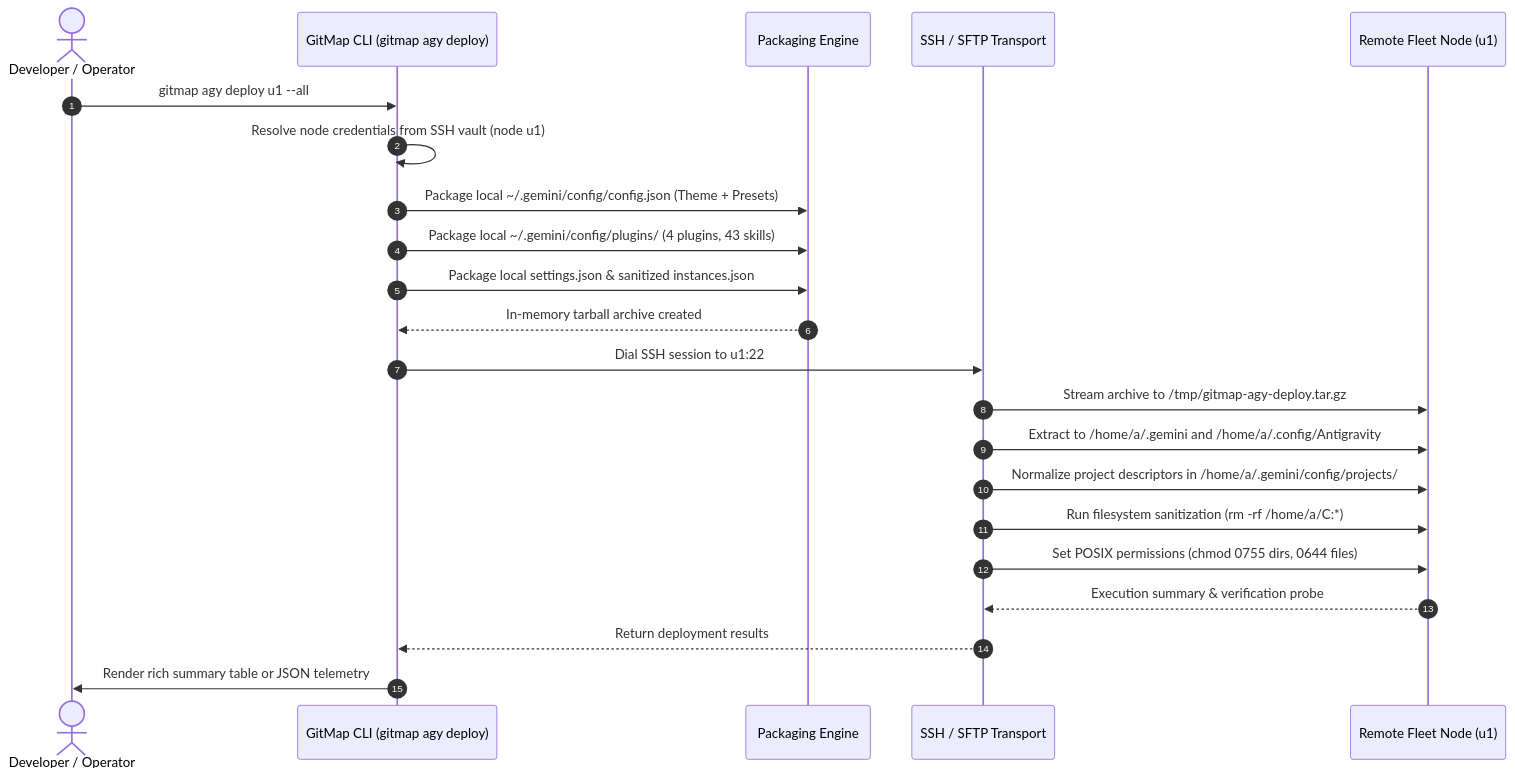
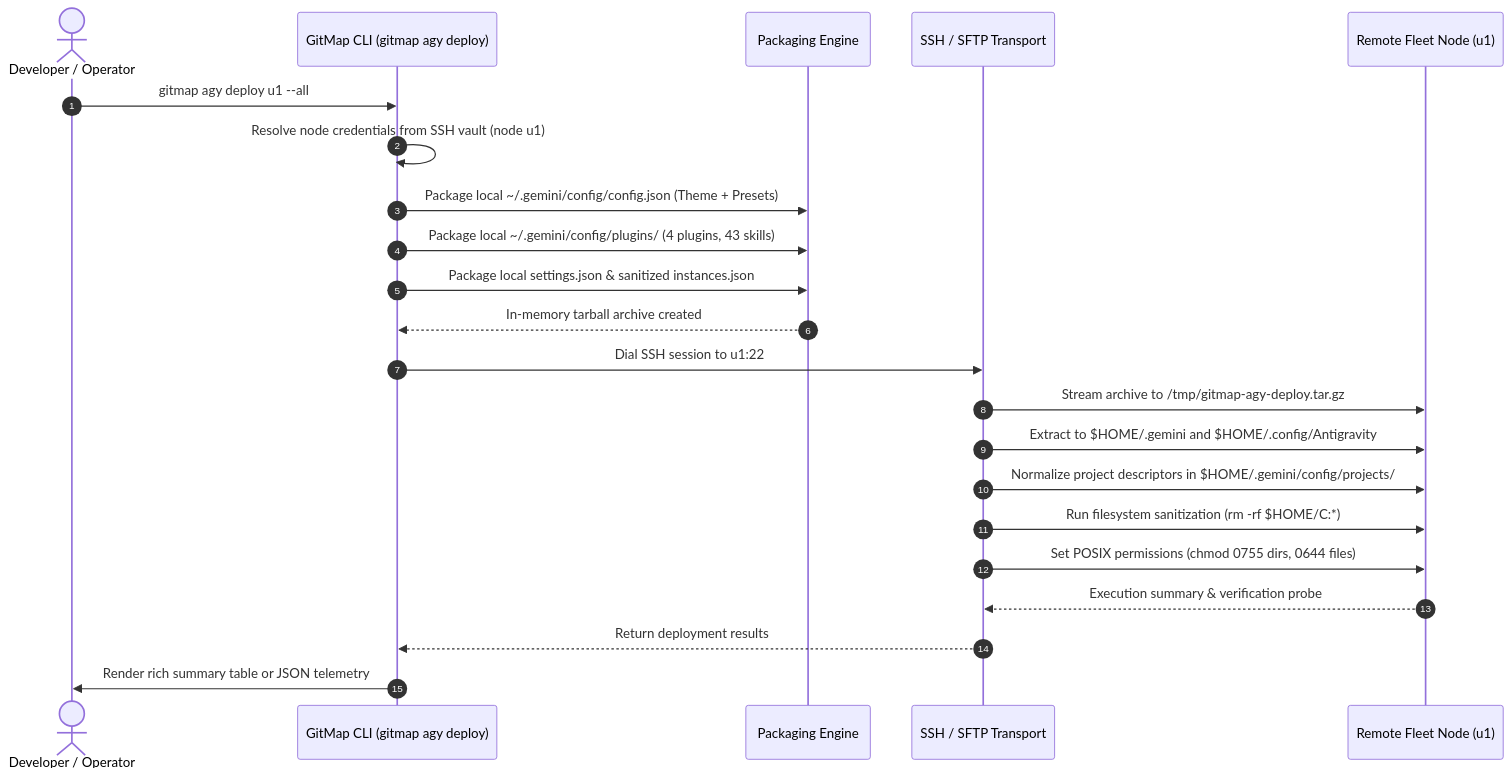
The second of 2 diagrams in 02-spec/21-app/217-antigravity-fleet-parity-theme-preset-plugins-and-delegation/01-architecture-spec.md (alimtvnetwork/gitmap-v28), drawn with Mermaid before and after one commit. The commit also changed other lines of this file and 49 other files, not shown here.

````diff
--- a/02-spec/21-app/217-antigravity-fleet-parity-theme-preset-plugins-and-delegation/01-architecture-spec.md
+++ b/02-spec/21-app/217-antigravity-fleet-parity-theme-preset-plugins-and-delegation/01-architecture-spec.md
@@ -487,26 +487,26 @@
 ```mermaid
 sequenceDiagram
     autonumber
     actor Admin as Developer / Operator
     participant CLI as GitMap CLI (gitmap agy deploy)
     participant Pack as Packaging Engine
     participant SSH as SSH / SFTP Transport
     participant Node as Remote Fleet Node (u1)
 
     Admin->>CLI: gitmap agy deploy u1 --all
     CLI->>CLI: Resolve node credentials from SSH vault (node u1)
     CLI->>Pack: Package local ~/.gemini/config/config.json (Theme + Presets)
     CLI->>Pack: Package local ~/.gemini/config/plugins/ (4 plugins, 43 skills)
     CLI->>Pack: Package local settings.json & sanitized instances.json
     Pack-->>CLI: In-memory tarball archive created
     
     CLI->>SSH: Dial SSH session to u1:22
     SSH->>Node: Stream archive to /tmp/gitmap-agy-deploy.tar.gz
-    SSH->>Node: Extract to /home/a/.gemini and /home/a/.config/Antigravity
-    SSH->>Node: Normalize project descriptors in /home/a/.gemini/config/projects/
-    SSH->>Node: Run filesystem sanitization (rm -rf /home/a/C:*)
+    SSH->>Node: Extract to $HOME/.gemini and $HOME/.config/Antigravity
+    SSH->>Node: Normalize project descriptors in $HOME/.gemini/config/projects/
+    SSH->>Node: Run filesystem sanitization (rm -rf $HOME/C:*)
     SSH->>Node: Set POSIX permissions (chmod 0755 dirs, 0644 files)
     Node-->>SSH: Execution summary & verification probe
     SSH-->>CLI: Return deployment results
     CLI->>Admin: Render rich summary table or JSON telemetry
 ```
````
